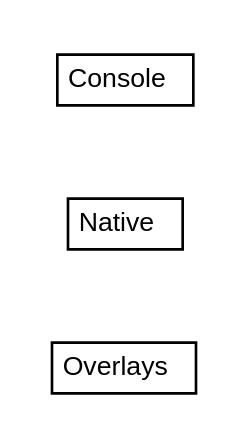
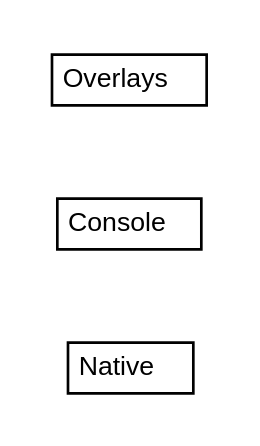
Before and after one commit to growbit/turbogwt-core: the diagram in javadoc/apidocs/org/turbogwt/core/util/client/org.turbogwt.core.util.client.dot, drawn with Graphviz. The commit also changed 235 other files, not shown here.

```diff
--- a/javadoc/apidocs/org/turbogwt/core/util/client/org.turbogwt.core.util.client.dot
+++ b/javadoc/apidocs/org/turbogwt/core/util/client/org.turbogwt.core.util.client.dot
@@ -1,31 +1,31 @@
 #!/usr/local/bin/dot
 #
 # Class diagram 
 # Generated by UMLGraph version R5_6-24-gf6e263 (http://www.umlgraph.org/)
 #
 
 digraph G {
-	edge [fontname="arial",fontsize=10,labelfontname="arial",labelfontsize=10];
-	node [fontname="arial",fontsize=10,shape=plaintext];
+	edge [fontname="Helvetica",fontsize=10,labelfontname="Helvetica",labelfontsize=10];
+	node [fontname="Helvetica",fontsize=10,shape=plaintext];
 	nodesep=0.25;
 	ranksep=0.5;
 	rankdir=LR;
+	// org.turbogwt.core.util.client.Native
+	c126 [label=<<table title="org.turbogwt.core.util.client.Native" border="0" cellborder="1" cellspacing="0" cellpadding="2" port="p" href="./Native.html">
+		<tr><td><table border="0" cellspacing="0" cellpadding="1">
+<tr><td align="center" balign="center"> Native </td></tr>
+		</table></td></tr>
+		</table>>, URL="./Native.html", fontname="Helvetica", fontcolor="black", fontsize=10.0];
+	// org.turbogwt.core.util.client.Console
+	c127 [label=<<table title="org.turbogwt.core.util.client.Console" border="0" cellborder="1" cellspacing="0" cellpadding="2" port="p" href="./Console.html">
+		<tr><td><table border="0" cellspacing="0" cellpadding="1">
+<tr><td align="center" balign="center"> Console </td></tr>
+		</table></td></tr>
+		</table>>, URL="./Console.html", fontname="Helvetica", fontcolor="black", fontsize=10.0];
 	// org.turbogwt.core.util.client.Overlays
-	c122 [label=<<table title="org.turbogwt.core.util.client.Overlays" border="0" cellborder="1" cellspacing="0" cellpadding="2" port="p" href="./Overlays.html">
+	c128 [label=<<table title="org.turbogwt.core.util.client.Overlays" border="0" cellborder="1" cellspacing="0" cellpadding="2" port="p" href="./Overlays.html">
 		<tr><td><table border="0" cellspacing="0" cellpadding="1">
 <tr><td align="center" balign="center"> Overlays </td></tr>
 		</table></td></tr>
-		</table>>, URL="./Overlays.html", fontname="arial", fontcolor="black", fontsize=10.0];
-	// org.turbogwt.core.util.client.Native
-	c123 [label=<<table title="org.turbogwt.core.util.client.Native" border="0" cellborder="1" cellspacing="0" cellpadding="2" port="p" href="./Native.html">
-		<tr><td><table border="0" cellspacing="0" cellpadding="1">
-<tr><td align="center" balign="center"> Native </td></tr>
-		</table></td></tr>
-		</table>>, URL="./Native.html", fontname="arial", fontcolor="black", fontsize=10.0];
-	// org.turbogwt.core.util.client.Console
-	c124 [label=<<table title="org.turbogwt.core.util.client.Console" border="0" cellborder="1" cellspacing="0" cellpadding="2" port="p" href="./Console.html">
-		<tr><td><table border="0" cellspacing="0" cellpadding="1">
-<tr><td align="center" balign="center"> Console </td></tr>
-		</table></td></tr>
-		</table>>, URL="./Console.html", fontname="arial", fontcolor="black", fontsize=10.0];
+		</table>>, URL="./Overlays.html", fontname="Helvetica", fontcolor="black", fontsize=10.0];
 }
```
